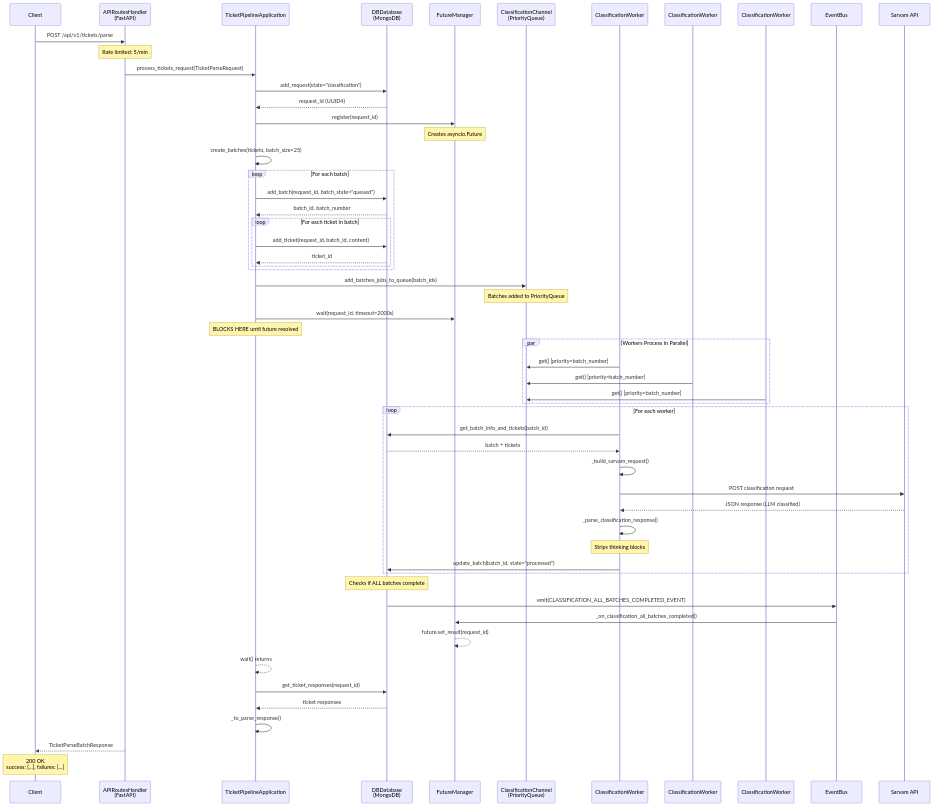
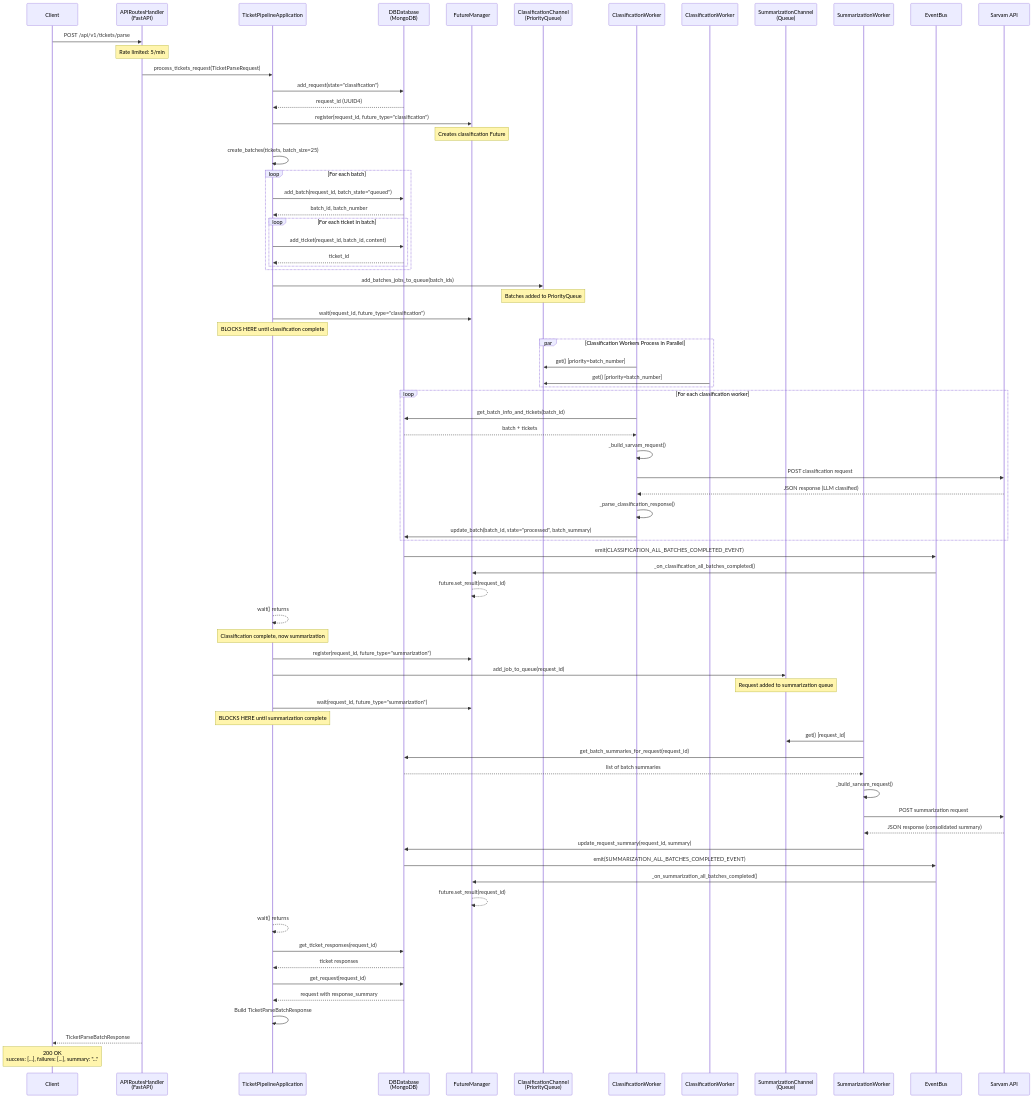
Before and after one commit to Nicky9319/sarvam_code: the first of 6 diagrams in docs/PARSE_REQUEST_FLOW.md, drawn with Mermaid. The commit also changed other lines of this file and 13 other files, not shown here.

````diff
--- a/docs/PARSE_REQUEST_FLOW.md
+++ b/docs/PARSE_REQUEST_FLOW.md
@@ -23,10 +25,11 @@
     participant App as TicketPipelineApplication
     participant DB as DBDatabase<br/>(MongoDB)
     participant FM as FutureManager
-    participant Queue as ClassificationChannel<br/>(PriorityQueue)
-    participant Worker1 as ClassificationWorker #1
-    participant Worker2 as ClassificationWorker #2
-    participant WorkerN as ClassificationWorker #N
+    participant ClassQueue as ClassificationChannel<br/>(PriorityQueue)
+    participant ClassWorker1 as ClassificationWorker #1
+    participant ClassWorkerN as ClassificationWorker #N
+    participant SumChannel as SummarizationChannel<br/>(Queue)
+    participant SumWorker1 as SummarizationWorker #1
     participant EB as EventBus
     participant Sarvam as Sarvam API
 
@@ -36,59 +39,78 @@
     APIHandler->>App: process_tickets_request(TicketParseRequest)
     App->>DB: add_request(state="classification")
     DB-->>App: request_id (UUID4)
-    App->>FM: register(request_id)
-    Note over FM: Creates asyncio.Future
+    App->>FM: register(request_id, future_type="classification")
+    Note over FM: Creates classification Future
 
     App->>App: create_batches(tickets, batch_size=25)
 
     loop For each batch
         App->>DB: add_batch(request_id, batch_state="queued")
         DB-->>App: batch_id, batch_number
-
         loop For each ticket in batch
             App->>DB: add_ticket(request_id, batch_id, content)
             DB-->>App: ticket_id
         end
     end
 
-    App->>Queue: add_batches_jobs_to_queue(batch_ids)
-    Note over Queue: Batches added to PriorityQueue
+    App->>ClassQueue: add_batches_jobs_to_queue(batch_ids)
+    Note over ClassQueue: Batches added to PriorityQueue
 
-    App->>FM: wait(request_id, timeout=2000s)
-    Note over App: BLOCKS HERE until future resolved
+    App->>FM: wait(request_id, future_type="classification")
+    Note over App: BLOCKS HERE until classification complete
 
-    par Workers Process in Parallel
-        Worker1->>Queue: get() [priority=batch_number]
-        Worker2->>Queue: get() [priority=batch_number]
-        WorkerN->>Queue: get() [priority=batch_number]
+    par Classification Workers Process in Parallel
+        ClassWorker1->>ClassQueue: get() [priority=batch_number]
+        ClassWorkerN->>ClassQueue: get() [priority=batch_number]
     end
 
-    loop For each worker
-        Worker1->>DB: get_batch_info_and_tickets(batch_id)
-        DB-->>Worker1: batch + tickets
+    loop For each classification worker
+        ClassWorker1->>DB: get_batch_info_and_tickets(batch_id)
+        DB-->>ClassWorker1: batch + tickets
 
-        Worker1->>Worker1: _build_sarvam_request()
-        Worker1->>Sarvam: POST classification request
-        Sarvam-->>Worker1: JSON response (LLM classified)
+        ClassWorker1->>ClassWorker1: _build_sarvam_request()
+        ClassWorker1->>Sarvam: POST classification request
+        Sarvam-->>ClassWorker1: JSON response (LLM classified)
 
-        Worker1->>Worker1: _parse_classification_response()
-        Note over Worker1: Strips thinking blocks
-
-        Worker1->>DB: update_batch(batch_id, state="processed")
+        ClassWorker1->>ClassWorker1: _parse_classification_response()
+        ClassWorker1->>DB: update_batch(batch_id, state="processed", batch_summary)
     end
-
-    Note over DB: Checks if ALL batches complete
 
     DB->>EB: emit(CLASSIFICATION_ALL_BATCHES_COMPLETED_EVENT)
     EB->>FM: _on_classification_all_batches_completed()
     FM-->>FM: future.set_result(request_id)
 
     App-->>App: wait() returns
+    Note over App: Classification complete, now summarization
+
+    App->>FM: register(request_id, future_type="summarization")
+    App->>SumChannel: add_job_to_queue(request_id)
+    Note over SumChannel: Request added to summarization queue
+
+    App->>FM: wait(request_id, future_type="summarization")
+    Note over App: BLOCKS HERE until summarization complete
+
+    SumWorker1->>SumChannel: get() [request_id]
+    SumWorker1->>DB: get_batch_summaries_for_request(request_id)
+    DB-->>SumWorker1: list of batch summaries
+
+    SumWorker1->>SumWorker1: _build_sarvam_request()
+    SumWorker1->>Sarvam: POST summarization request
+    Sarvam-->>SumWorker1: JSON response (consolidated summary)
+
+    SumWorker1->>DB: update_request_summary(request_id, summary)
+    DB->>EB: emit(SUMMARIZATION_ALL_BATCHES_COMPLETED_EVENT)
+    EB->>FM: _on_summarization_all_batches_completed()
+    FM-->>FM: future.set_result(request_id)
+
+    App-->>App: wait() returns
     App->>DB: get_ticket_responses(request_id)
     DB-->>App: ticket responses
+    App->>DB: get_request(request_id)
+    DB-->>App: request with response_summary
 
-    App->>App: _to_parse_response()
+    App->>App: Build TicketParseBatchResponse
     APIHandler-->>Client: TicketParseBatchResponse
 
-    Note over Client: 200 OK<br/>success: [...], failures: [...]
+    Note over Client: 200 OK<br/>success: [...], failures: [...], summary: "..."
 ```
````
